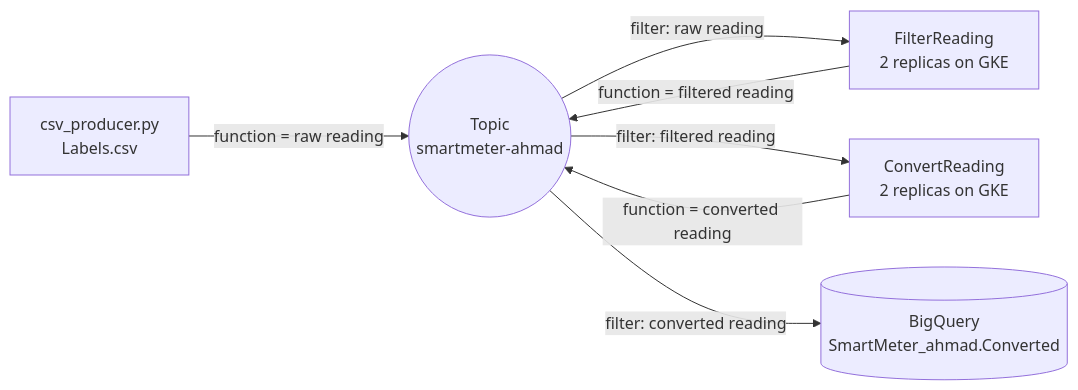
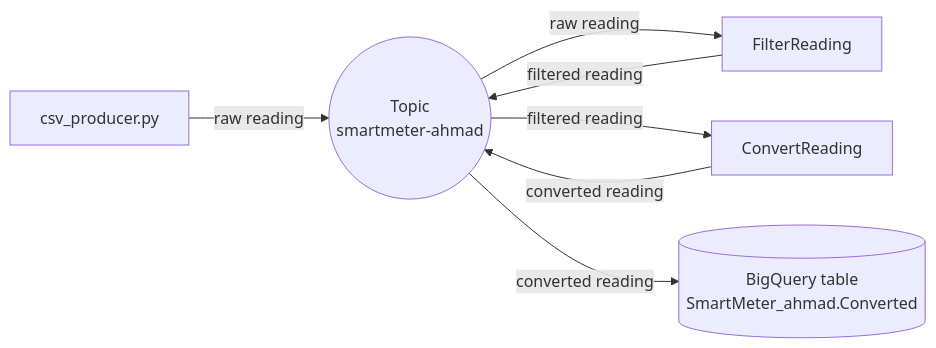
Before and after one commit to ahmadmusleh-26/MS4-Design: the diagram in README.md, drawn with Mermaid. The commit also changed other lines of this file, not shown here.

````diff
--- a/README.md
+++ b/README.md
@@ -10,9 +10,9 @@
 ```mermaid
 flowchart LR
-    P[csv_producer.py<br/>Labels.csv] -- "function = raw reading" --> T((Topic<br/>smartmeter-ahmad))
-    T -- "filter: raw reading" --> F[FilterReading<br/>2 replicas on GKE]
-    F -- "function = filtered reading" --> T
-    T -- "filter: filtered reading" --> C[ConvertReading<br/>2 replicas on GKE]
-    C -- "function = converted reading" --> T
-    T -- "filter: converted reading" --> B[(BigQuery<br/>SmartMeter_ahmad.Converted)]
+    P[csv_producer.py] -- "raw reading" --> T((Topic<br/>smartmeter-ahmad))
+    T -- "raw reading" --> F[FilterReading]
+    F -- "filtered reading" --> T
+    T -- "filtered reading" --> C[ConvertReading]
+    C -- "converted reading" --> T
+    T -- "converted reading" --> B[(BigQuery table<br/>SmartMeter_ahmad.Converted)]
 ```
````
